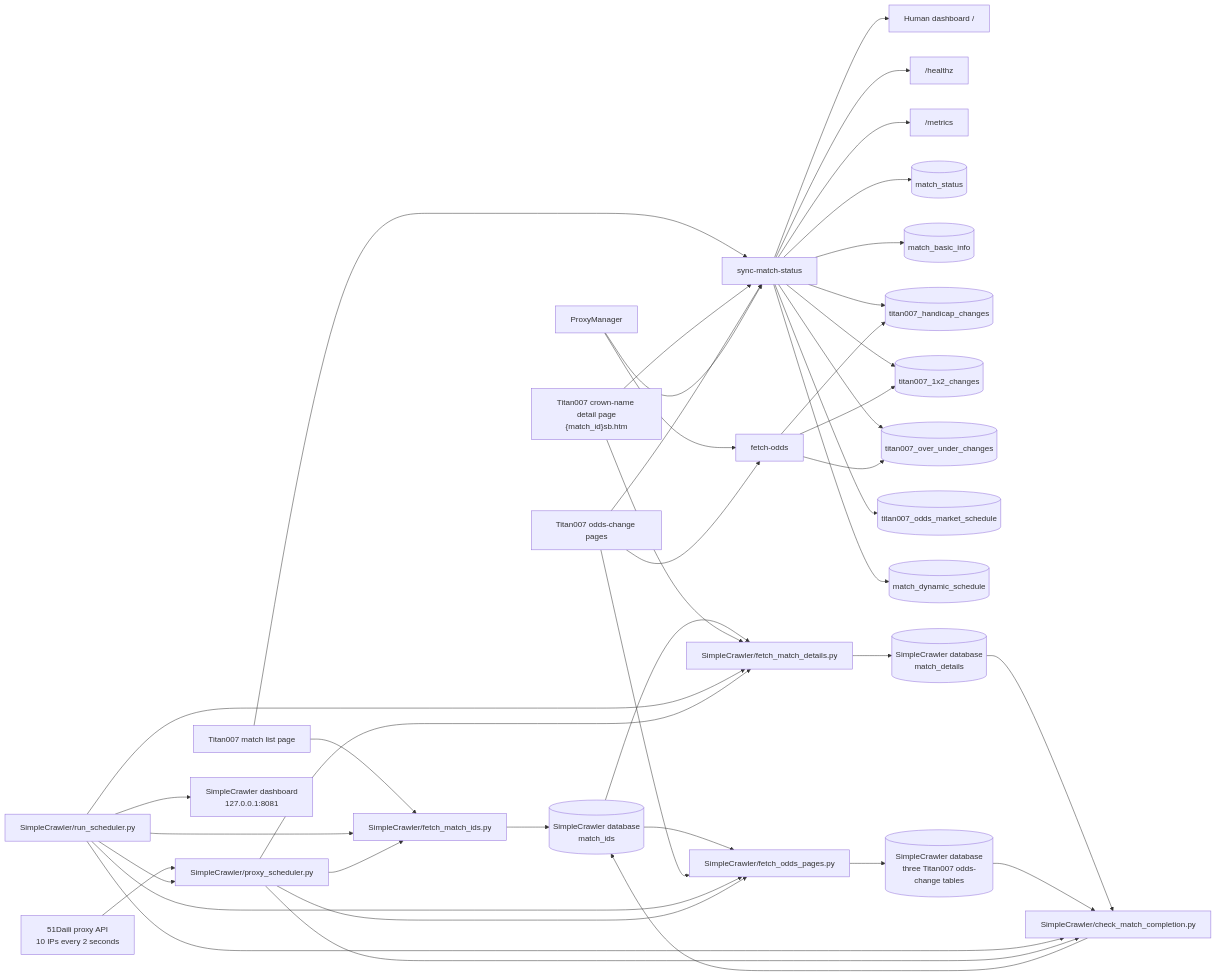
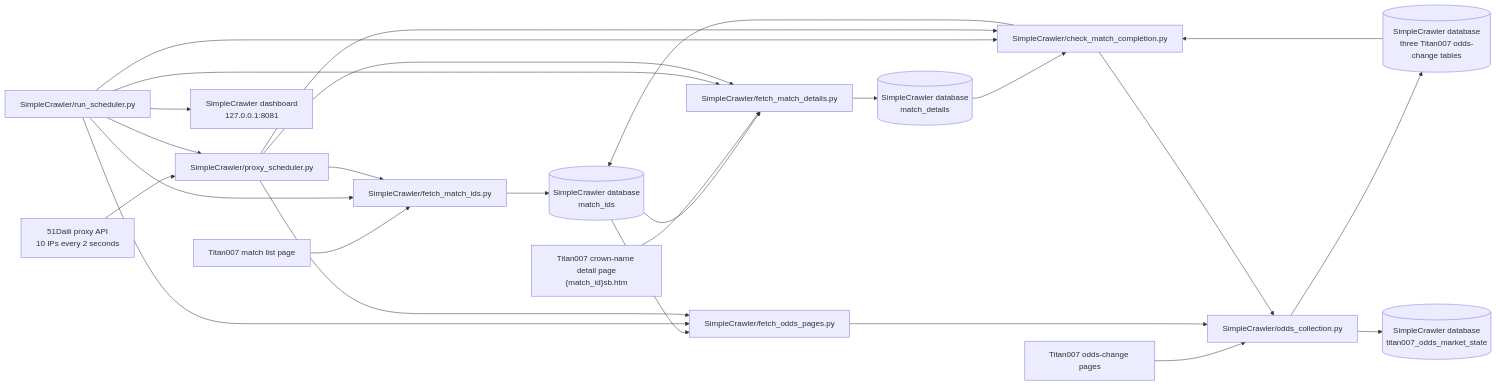
Before and after one commit to adam-zou/football2607: the diagram in docs/architecture/code-flow.md, drawn with Mermaid. The commit also changed other lines of this file and 63 other files, not shown here.

Commit message:
Consolidate collectors in SimpleCrawler

````diff
--- a/docs/architecture/code-flow.md
+++ b/docs/architecture/code-flow.md
@@ -9,74 +9,46 @@
 ```mermaid
 flowchart LR
     TitanList["Titan007 match list page"]
     TitanDetail["Titan007 crown-name detail page<br/>{match_id}sb.htm"]
     TitanOdds["Titan007 odds-change pages"]
 
     SimpleList["SimpleCrawler/fetch_match_ids.py"]
     SimpleDetail["SimpleCrawler/fetch_match_details.py"]
     SimpleOdds["SimpleCrawler/fetch_odds_pages.py"]
     SimpleCompletion["SimpleCrawler/check_match_completion.py"]
+    SimpleOddsCollection["SimpleCrawler/odds_collection.py"]
     SimpleProxy["SimpleCrawler/proxy_scheduler.py"]
     SimpleRuntime["SimpleCrawler/run_scheduler.py"]
     SimpleDashboard["SimpleCrawler dashboard<br/>127.0.0.1:8081"]
     ProxyApi["51Daili proxy API<br/>10 IPs every 2 seconds"]
-    SyncMatches["sync-match-status"]
-    FetchOdds["fetch-odds"]
-    Proxy["ProxyManager"]
-    Dashboard["Human dashboard /"]
-    Health["/healthz"]
-    Metrics["/metrics"]
-
-    MatchStatus[("match_status")]
-    MatchInfo[("match_basic_info")]
-    HandicapOdds[("titan007_handicap_changes")]
-    OneXTwoOdds[("titan007_1x2_changes")]
-    OverUnderOdds[("titan007_over_under_changes")]
-    OddsSchedule[("titan007_odds_market_schedule")]
-    DynamicSchedule[("match_dynamic_schedule")]
     SimpleMatchIds[("SimpleCrawler database<br/>match_ids")]
     SimpleMatchDetails[("SimpleCrawler database<br/>match_details")]
     SimpleOddsRows[("SimpleCrawler database<br/>three Titan007 odds-change tables")]
+    SimpleOddsState[("SimpleCrawler database<br/>titan007_odds_market_state")]
 
-    TitanList --> SyncMatches
     TitanList --> SimpleList
     SimpleList --> SimpleMatchIds
     SimpleMatchIds --> SimpleDetail
     TitanDetail --> SimpleDetail
     SimpleDetail --> SimpleMatchDetails
     SimpleMatchIds --> SimpleOdds
-    TitanOdds --> SimpleOdds
-    SimpleOdds --> SimpleOddsRows
+    TitanOdds --> SimpleOddsCollection
+    SimpleOdds --> SimpleOddsCollection
+    SimpleCompletion --> SimpleOddsCollection
+    SimpleOddsCollection --> SimpleOddsRows
+    SimpleOddsCollection --> SimpleOddsState
     SimpleMatchDetails --> SimpleCompletion
     SimpleOddsRows --> SimpleCompletion
     SimpleCompletion --> SimpleMatchIds
     ProxyApi --> SimpleProxy
     SimpleRuntime --> SimpleProxy
     SimpleRuntime --> SimpleList
     SimpleRuntime --> SimpleDetail
     SimpleRuntime --> SimpleOdds
     SimpleRuntime --> SimpleCompletion
     SimpleRuntime --> SimpleDashboard
     SimpleProxy --> SimpleList
     SimpleProxy --> SimpleDetail
     SimpleProxy --> SimpleOdds
     SimpleProxy --> SimpleCompletion
-    TitanDetail --> SyncMatches
-    TitanOdds --> SyncMatches
-    SyncMatches --> MatchStatus
-    SyncMatches --> MatchInfo
-    SyncMatches --> HandicapOdds
-    SyncMatches --> OneXTwoOdds
-    SyncMatches --> OverUnderOdds
-    SyncMatches --> OddsSchedule
-    SyncMatches --> DynamicSchedule
-    Proxy --> SyncMatches
-    SyncMatches --> Dashboard
-    SyncMatches --> Health
-    SyncMatches --> Metrics
-    Proxy --> FetchOdds
-    TitanOdds --> FetchOdds
-    FetchOdds --> HandicapOdds
-    FetchOdds --> OneXTwoOdds
-    FetchOdds --> OverUnderOdds
 ```
````
